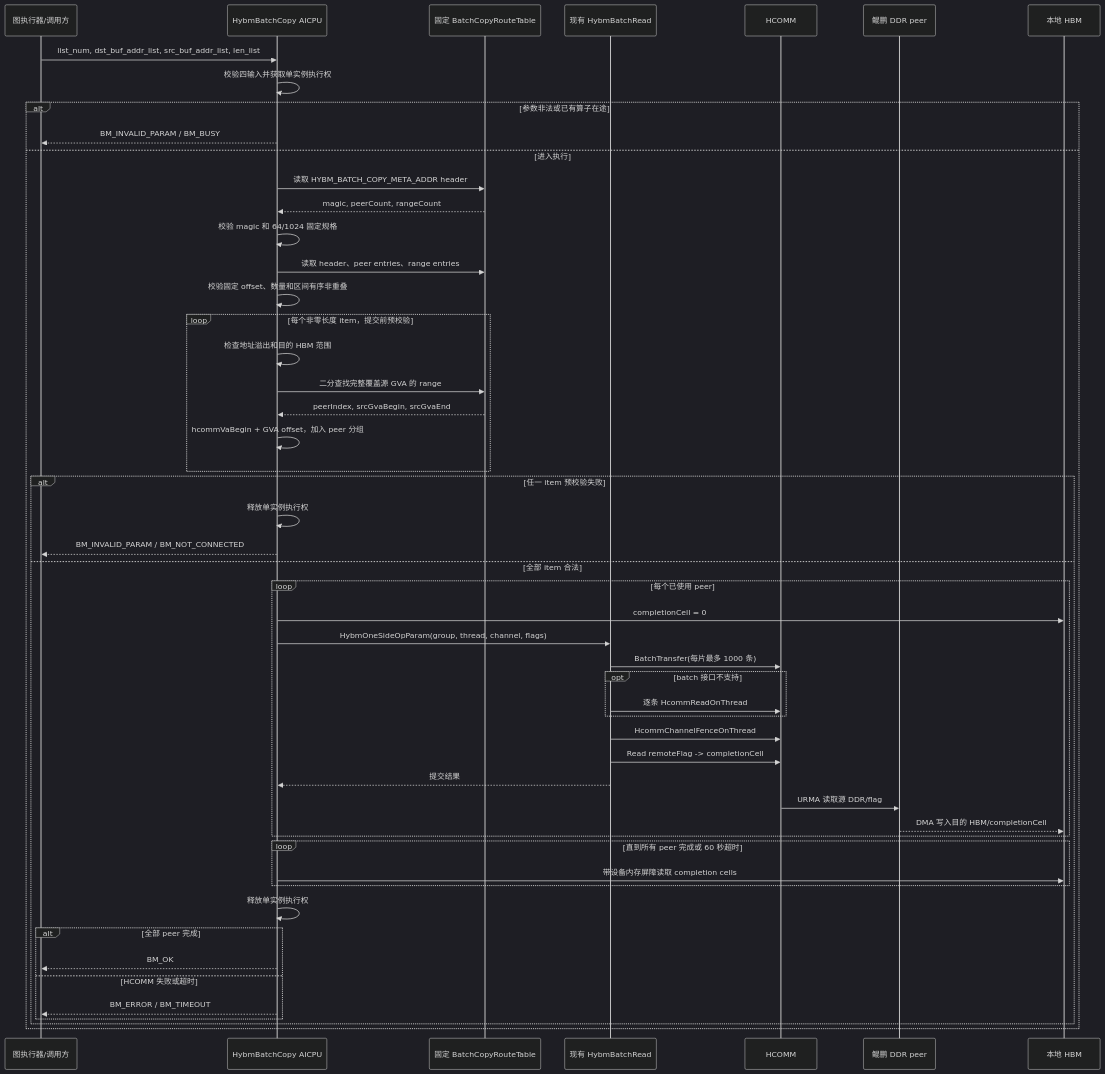
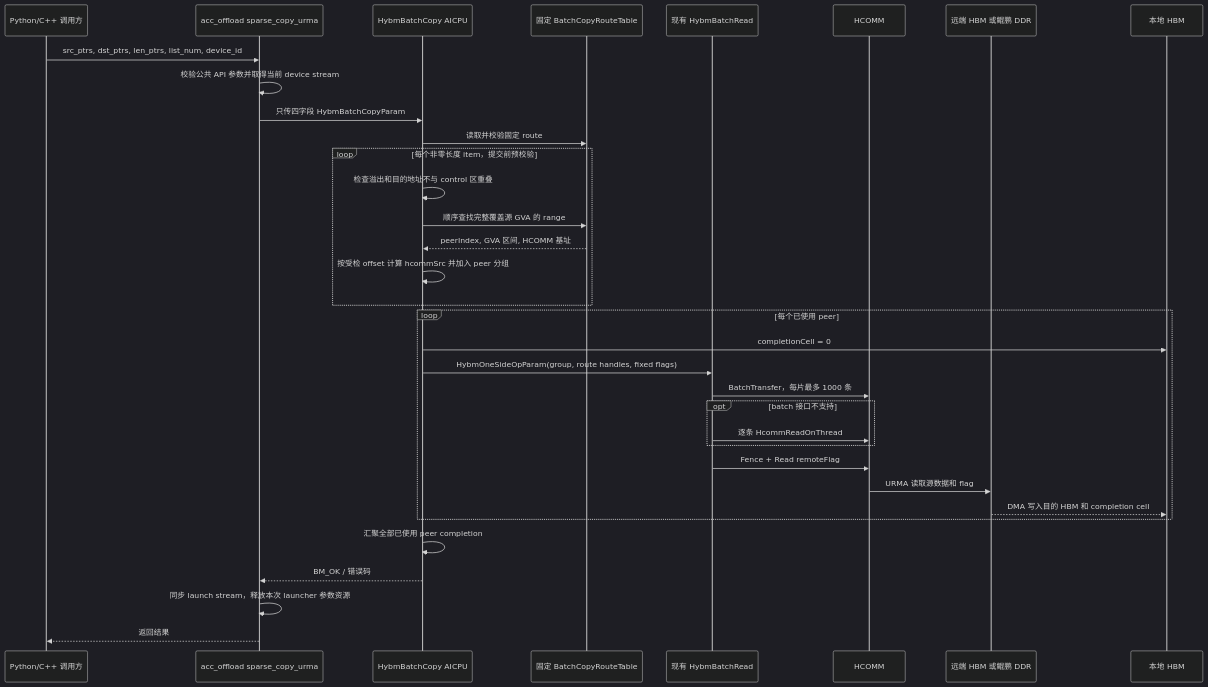
One commit to NoCoder0/memfabric_hybrid changed the fourth of 4 diagrams in docs/batch_copy_aicpu_urma_design.md. Above: the diagram before and after it, drawn with Mermaid (dark theme). The commit also changed other lines of this file and 1 other file, not shown here.

````diff
--- a/docs/batch_copy_aicpu_urma_design.md
+++ b/docs/batch_copy_aicpu_urma_design.md
@@ -614,55 +644,37 @@
 ```mermaid
 sequenceDiagram
-    participant U as 图执行器/调用方
+    participant U as Python/C++ 调用方
+    participant A as acc_offload sparse_copy_urma
     participant O as HybmBatchCopy AICPU
     participant T as 固定 BatchCopyRouteTable
     participant B as 现有 HybmBatchRead
     participant H as HCOMM
-    participant P as 鲲鹏 DDR peer
+    participant P as 远端 HBM 或鲲鹏 DDR
     participant D as 本地 HBM
 
-    U->>O: list_num, dst_buf_addr_list, src_buf_addr_list, len_list
-    O->>O: 校验四输入并获取单实例执行权
-    alt 参数非法或已有算子在途
-        O-->>U: BM_INVALID_PARAM / BM_BUSY
-    else 进入执行
-        O->>T: 读取 HYBM_BATCH_COPY_META_ADDR header
-        T-->>O: magic, peerCount, rangeCount
-        O->>O: 校验 magic 和 64/1024 固定规格
-        O->>T: 读取 header、peer entries、range entries
-        O->>O: 校验固定 offset、数量和区间有序非重叠
-        loop 每个非零长度 item，提交前预校验
-            O->>O: 检查地址溢出和目的 HBM 范围
-            O->>T: 二分查找完整覆盖源 GVA 的 range
-            T-->>O: peerIndex, srcGvaBegin, srcGvaEnd
-            O->>O: hcommVaBegin + GVA offset，加入 peer 分组
+    U->>A: src_ptrs, dst_ptrs, len_ptrs, list_num, device_id
+    A->>A: 校验公共 API 参数并取得当前 device stream
+    A->>O: 只传四字段 HybmBatchCopyParam
+    O->>T: 读取并校验固定 route
+    loop 每个非零长度 item，提交前预校验
+        O->>O: 检查溢出和目的地址不与 control 区重叠
+        O->>T: 顺序查找完整覆盖源 GVA 的 range
+        T-->>O: peerIndex, GVA 区间, HCOMM 基址
+        O->>O: 按受检 offset 计算 hcommSrc 并加入 peer 分组
+    end
+    loop 每个已使用 peer
+        O->>D: completionCell = 0
+        O->>B: HybmOneSideOpParam(group, route handles, fixed flags)
+        B->>H: BatchTransfer，每片最多 1000 条
+        opt batch 接口不支持
+            B->>H: 逐条 HcommReadOnThread
         end
-        alt 任一 item 预校验失败
-            O->>O: 释放单实例执行权
-            O-->>U: BM_INVALID_PARAM / BM_NOT_CONNECTED
-        else 全部 item 合法
-            loop 每个已使用 peer
-                O->>D: completionCell = 0
-                O->>B: HybmOneSideOpParam(group, thread, channel, flags)
-                B->>H: BatchTransfer(每片最多 1000 条)
-                opt batch 接口不支持
-                    B->>H: 逐条 HcommReadOnThread
-                end
-                B->>H: HcommChannelFenceOnThread
-                B->>H: Read remoteFlag -> completionCell
-                B-->>O: 提交结果
-                H->>P: URMA 读取源 DDR/flag
-                P-->>D: DMA 写入目的 HBM/completionCell
-            end
-            loop 直到所有 peer 完成或 60 秒超时
-                O->>D: 带设备内存屏障读取 completion cells
-            end
-            O->>O: 释放单实例执行权
-            alt 全部 peer 完成
-                O-->>U: BM_OK
-            else HCOMM 失败或超时
-                O-->>U: BM_ERROR / BM_TIMEOUT
-            end
-        end
+        B->>H: Fence + Read remoteFlag
+        H->>P: URMA 读取源数据和 flag
+        P-->>D: DMA 写入目的 HBM 和 completion cell
     end
+    O->>O: 汇聚全部已使用 peer completion
+    O-->>A: BM_OK / 错误码
+    A->>A: 同步 launch stream，释放本次 launcher 参数资源
+    A-->>U: 返回结果
 ```
````
